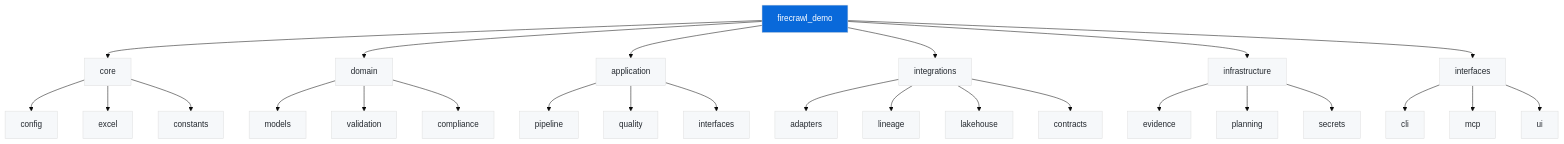
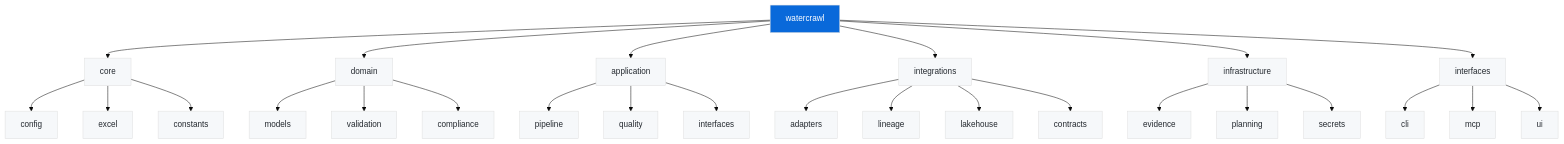
The diagram in docs-starlight/src/content/docs/reference/api.md (IAmJonoBo/watercrawl), drawn with Mermaid before and after one commit. The commit also changed other lines of this file and 263 other files, not shown here.

First line of the commit message:
Remove firecrawl_demo package and elevate watercrawl as core enrichment toolkit (#235)

````diff
--- a/docs-starlight/src/content/docs/reference/api.md
+++ b/docs-starlight/src/content/docs/reference/api.md
@@ -12,37 +12,37 @@
 ```mermaid
 %%{init: {'theme':'base', 'themeVariables': { 'primaryColor':'#f6f8fa','primaryTextColor':'#24292f'}}}%%
 graph TD
-    A[firecrawl_demo] --> B[core]
+    A[watercrawl] --> B[core]
     A --> C[domain]
     A --> D[application]
     A --> E[integrations]
     A --> F[infrastructure]
     A --> G[interfaces]
     
     B --> B1[config]
     B --> B2[excel]
     B --> B3[constants]
     
     C --> C1[models]
     C --> C2[validation]
     C --> C3[compliance]
     
     D --> D1[pipeline]
     D --> D2[quality]
     D --> D3[interfaces]
     
     E --> E1[adapters]
     E --> E2[lineage]
     E --> E3[lakehouse]
     E --> E4[contracts]
     
     F --> F1[evidence]
     F --> F2[planning]
     F --> F3[secrets]
     
     G --> G1[cli]
     G --> G2[mcp]
     G --> G3[ui]
     
     style A fill:#0969da,color:#fff
 ```
````
